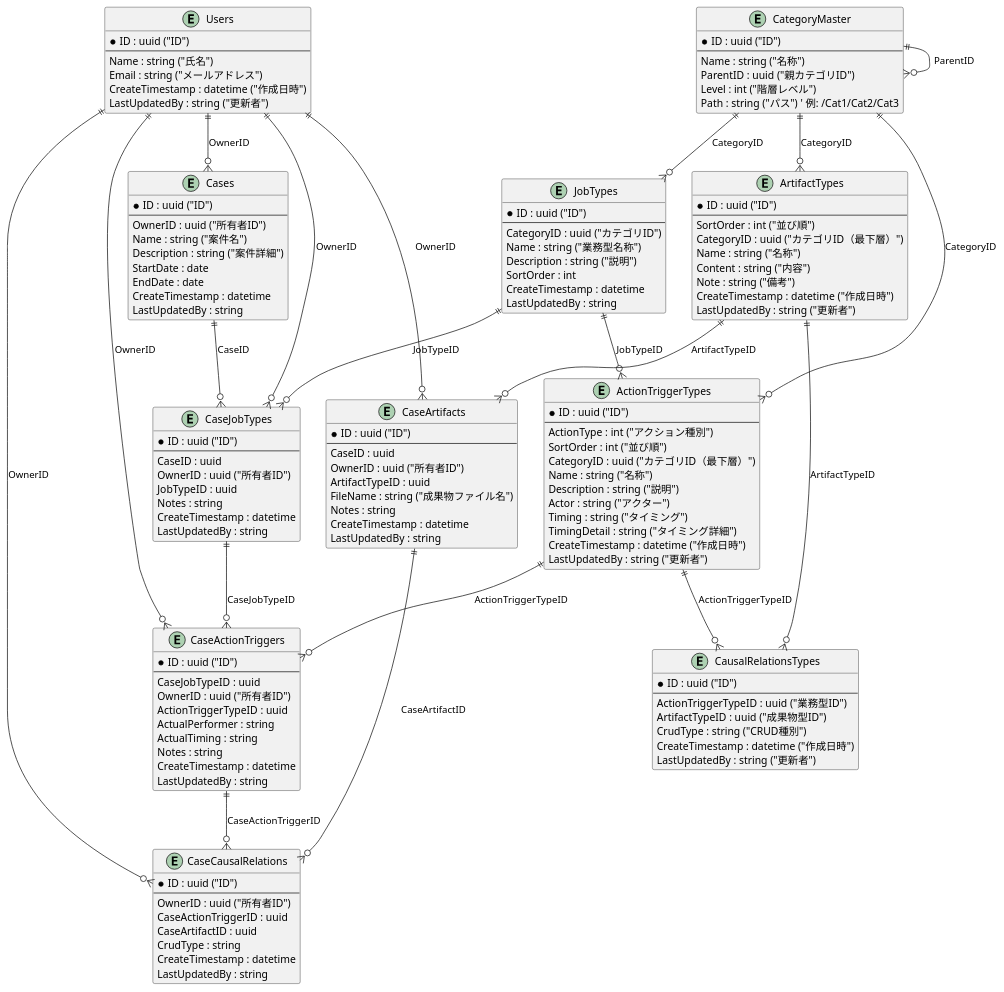
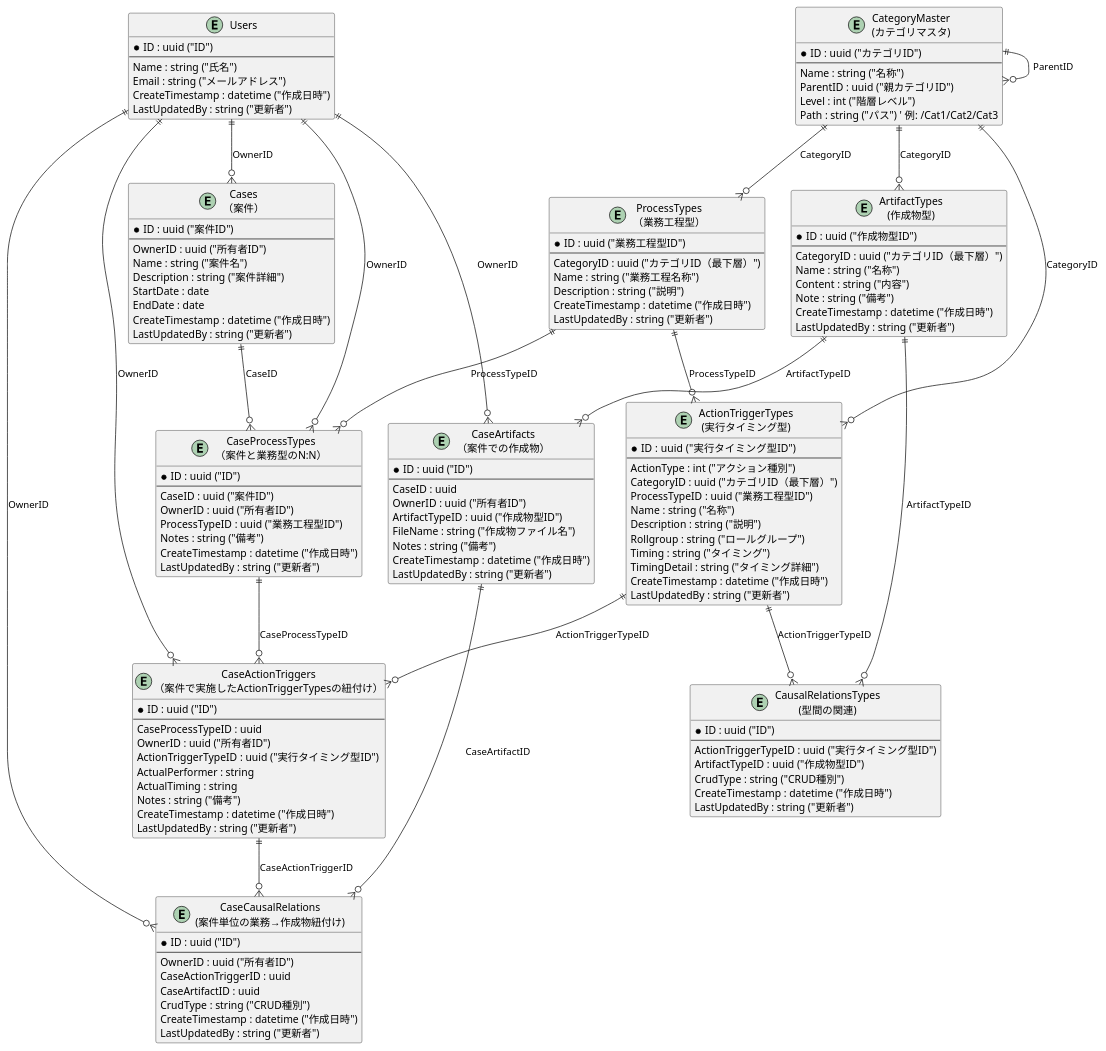
Before and after one commit to nojaja/state-matrix-web: the diagram in spec/ER.md, drawn with PlantUML. The commit also changed 1 other file, not shown here.

Commit message:
docs: 画面仕様図を更新 (spec/Screen_UI.drawio.png) docs: ER図の用語・フィールド表記を統一・改善
- `spec/ER.md` のエンティティ名・フィールド名を日本語注釈で明確化（例: `JobTypes` → `ProcessTypes`、`CaseJobTypes` → `CaseProcessTypes`）
- ID・タイムスタンプ等の注釈を追加し、`成果物`を`作成物`へ用語統一
- 関連・参照フィールドを更新・整備（例: `ActionTriggerTypeID` 表記の修正、`ProcessTypeID` 追加、`Actor` → `Rollgroup`）

```diff
--- a/spec/ER.md
+++ b/spec/ER.md
@@ -13,10 +13,10 @@
 }
 
 ' ==============================
-' Category マスタテーブル
+' Category マスタテーブル(カテゴリマスタ)
 ' ==============================
-entity "CategoryMaster" as CategoryMaster {
-    * ID : uuid ("ID")
+entity "CategoryMaster\n(カテゴリマスタ)" as CategoryMaster {
+    * ID : uuid ("カテゴリID")
     --
     Name : string ("名称")
     ParentID : uuid ("親カテゴリID") 
@@ -25,17 +25,17 @@
 }
 
 ' ==============================
-' ActionTrigger 型テーブル
+' ActionTrigger 型テーブル(実行タイミング型)
 ' ==============================
-entity "ActionTriggerTypes" as ActionTriggerTypes {
-    * ID : uuid ("ID")
+entity "ActionTriggerTypes\n(実行タイミング型)" as ActionTriggerTypes {
+    * ID : uuid  ("実行タイミング型ID")
     --
     ActionType : int ("アクション種別")
-    SortOrder : int ("並び順")
     CategoryID : uuid ("カテゴリID（最下層）")
+    ProcessTypeID : uuid ("業務工程型ID")
     Name : string ("名称")
     Description : string ("説明")
-    Actor : string ("アクター")
+    Rollgroup : string ("ロールグループ")
     Timing : string ("タイミング")
     TimingDetail : string ("タイミング詳細")
     CreateTimestamp : datetime ("作成日時")
@@ -43,12 +43,11 @@
 }
 
 ' ==============================
-' Artifact 型テーブル
+' Artifact 型テーブル(作成物型)
 ' ==============================
-entity "ArtifactTypes" as ArtifactTypes {
-    * ID : uuid ("ID")
+entity "ArtifactTypes\n(作成物型)" as ArtifactTypes {
+    * ID : uuid ("作成物型ID")
     --
-    SortOrder : int ("並び順")
     CategoryID : uuid ("カテゴリID（最下層）")
     Name : string ("名称")
     Content : string ("内容")
@@ -60,124 +59,123 @@
 ' ==============================
 ' 型間の関連
 ' ==============================
-entity "CausalRelationsTypes" as CausalRelationsTypes {
+entity "CausalRelationsTypes\n(型間の関連)" as CausalRelationsTypes {
     * ID : uuid ("ID")
     --
-    ActionTriggerTypeID : uuid ("業務型ID")
-    ArtifactTypeID : uuid ("成果物型ID")
+    ActionTriggerTypeID : uuid ("実行タイミング型ID")
+    ArtifactTypeID : uuid ("作成物型ID")
     CrudType : string ("CRUD種別")
     CreateTimestamp : datetime ("作成日時")
     LastUpdatedBy : string ("更新者")
 }
 
 ' ==============================
-' JobTypes テーブル（業務型）
+' ProcessTypes テーブル（業務工程型）
 ' ==============================
-entity "JobTypes" as JobTypes {
-    * ID : uuid ("ID")
+entity "ProcessTypes\n（業務工程型）" as ProcessTypes {
+    * ID : uuid ("業務工程型ID")
     --
-    CategoryID : uuid ("カテゴリID")
-    Name : string ("業務型名称")
+    CategoryID : uuid ("カテゴリID（最下層）")
+    Name : string ("業務工程名称")
     Description : string ("説明")
-    SortOrder : int
-    CreateTimestamp : datetime
-    LastUpdatedBy : string
+    CreateTimestamp : datetime ("作成日時")
+    LastUpdatedBy : string ("更新者")
 }
 
 ' ==============================
 ' Cases テーブル（案件）
 ' ==============================
-entity "Cases" as Cases {
-    * ID : uuid ("ID")
+entity "Cases\n（案件）" as Cases {
+    * ID : uuid ("案件ID")
     --
     OwnerID : uuid ("所有者ID")
     Name : string ("案件名")
     Description : string ("案件詳細")
     StartDate : date
     EndDate : date
-    CreateTimestamp : datetime
-    LastUpdatedBy : string
+    CreateTimestamp : datetime ("作成日時")
+    LastUpdatedBy : string ("更新者")
 }
 
 ' ==============================
-' CaseJobTypes テーブル（案件と業務型のN:N）
+' CaseProcessTypes テーブル（案件と業務型のN:N）
 ' ==============================
-entity "CaseJobTypes" as CaseJobTypes {
+entity "CaseProcessTypes\n（案件と業務型のN:N）" as CaseProcessTypes {
     * ID : uuid ("ID")
     --
-    CaseID : uuid
+    CaseID : uuid ("案件ID")
     OwnerID : uuid ("所有者ID")
-    JobTypeID : uuid
-    Notes : string
-    CreateTimestamp : datetime
-    LastUpdatedBy : string
+    ProcessTypeID : uuid ("業務工程型ID")
+    Notes : string ("備考")
+    CreateTimestamp : datetime ("作成日時")
+    LastUpdatedBy : string ("更新者")
 }
 
 ' ==============================
 ' CaseActionTriggers テーブル（案件で実施したActionTriggerTypesの紐付け）
 ' ==============================
-entity "CaseActionTriggers" as CaseActionTriggers {
+entity "CaseActionTriggers\n（案件で実施したActionTriggerTypesの紐付け）" as CaseActionTriggers {
     * ID : uuid ("ID")
     --
-    CaseJobTypeID : uuid
+    CaseProcessTypeID : uuid
     OwnerID : uuid ("所有者ID")
-    ActionTriggerTypeID : uuid
+    ActionTriggerTypeID : uuid ("実行タイミング型ID")
     ActualPerformer : string
     ActualTiming : string
-    Notes : string
-    CreateTimestamp : datetime
-    LastUpdatedBy : string
+    Notes : string ("備考")
+    CreateTimestamp : datetime ("作成日時")
+    LastUpdatedBy : string ("更新者")
 }
 
 ' ==============================
-' CaseArtifacts テーブル（案件での成果物）
+' CaseArtifacts テーブル（案件での作成物）
 ' ==============================
-entity "CaseArtifacts" as CaseArtifacts {
+entity "CaseArtifacts\n（案件での作成物）" as CaseArtifacts {
     * ID : uuid ("ID")
     --
     CaseID : uuid
     OwnerID : uuid ("所有者ID")
-    ArtifactTypeID : uuid
-    FileName : string ("成果物ファイル名")
-    Notes : string
-    CreateTimestamp : datetime
-    LastUpdatedBy : string
+    ArtifactTypeID : uuid ("作成物型ID")
+    FileName : string ("作成物ファイル名")
+    Notes : string ("備考")
+    CreateTimestamp : datetime ("作成日時")
+    LastUpdatedBy : string ("更新者")
 }
 
 ' ==============================
-' CaseCausalRelations テーブル（案件単位の業務→成果物紐付け）
+' CaseCausalRelations テーブル（案件単位の業務→作成物紐付け）
 ' ==============================
-entity "CaseCausalRelations" as CaseCausalRelations {
+entity "CaseCausalRelations\n(案件単位の業務→作成物紐付け)" as CaseCausalRelations {
     * ID : uuid ("ID")
     --
     OwnerID : uuid ("所有者ID")
     CaseActionTriggerID : uuid
     CaseArtifactID : uuid
-    CrudType : string
-    CreateTimestamp : datetime
-    LastUpdatedBy : string
+    CrudType : string ("CRUD種別")
+    CreateTimestamp : datetime ("作成日時")
+    LastUpdatedBy : string ("更新者")
 }
 
 ' --- リレーション ---
 Users ||--o{ Cases                 : "OwnerID"
-Users ||--o{ CaseJobTypes          : "OwnerID"
+Users ||--o{ CaseProcessTypes          : "OwnerID"
 Users ||--o{ CaseActionTriggers    : "OwnerID"
 Users ||--o{ CaseArtifacts         : "OwnerID"
 Users ||--o{ CaseCausalRelations   : "OwnerID"
 
 CategoryMaster ||--o{ ActionTriggerTypes : "CategoryID"
 CategoryMaster ||--o{ ArtifactTypes      : "CategoryID"
-CategoryMaster ||--o{ JobTypes           : "CategoryID"
+CategoryMaster ||--o{ ProcessTypes           : "CategoryID"
 CategoryMaster ||--o{ CategoryMaster     : "ParentID"
 
 ActionTriggerTypes ||--o{ CausalRelationsTypes : "ActionTriggerTypeID"
 ArtifactTypes      ||--o{ CausalRelationsTypes : "ArtifactTypeID"
 
-JobTypes ||--o{ ActionTriggerTypes : "JobTypeID"
-JobTypes ||--o{ CaseJobTypes       : "JobTypeID"
-CaseJobTypes ||--o{ CaseActionTriggers : "CaseJobTypeID"
+ProcessTypes ||--o{ ActionTriggerTypes : "ProcessTypeID"
+ProcessTypes ||--o{ CaseProcessTypes       : "ProcessTypeID"
+CaseProcessTypes ||--o{ CaseActionTriggers : "CaseProcessTypeID"
 
-Cases ||--o{ CaseJobTypes        : "CaseID"
+Cases ||--o{ CaseProcessTypes        : "CaseID"
 
 ActionTriggerTypes ||--o{ CaseActionTriggers : "ActionTriggerTypeID"
 ArtifactTypes      ||--o{ CaseArtifacts      : "ArtifactTypeID"
```
